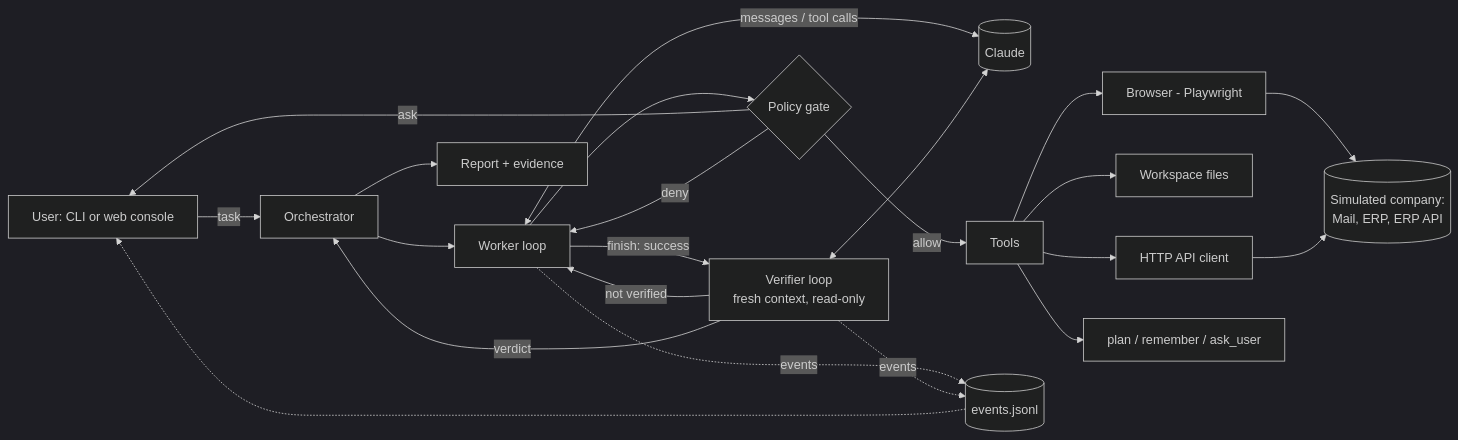
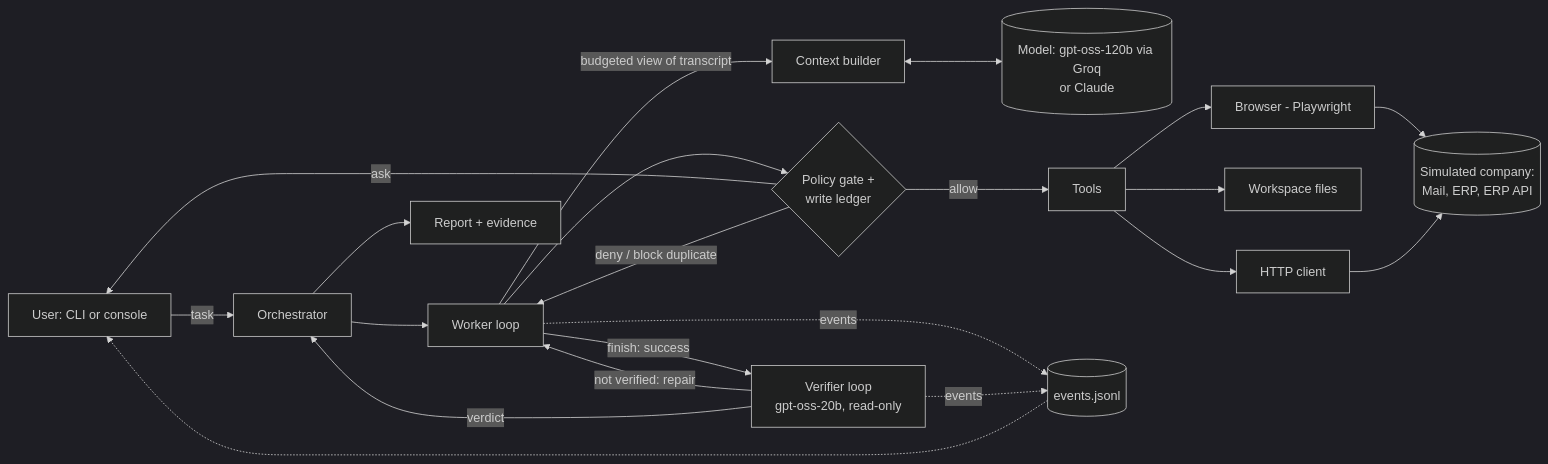
One commit to kushagra0526/ai-task-worker changed the diagram in README.md. Above: the diagram before and after it, drawn with Mermaid (dark theme). The commit also changed other lines of this file and 3 other files, not shown here.

Commit message:
README for the Groq path, ledger and context budgeting; context builder tests; short documents survive in digests

````diff
--- a/README.md
+++ b/README.md
@@ -81,21 +77,19 @@
 ```mermaid
 flowchart LR
-    U[User: CLI or web console] -->|task| O[Orchestrator]
+    U[User: CLI or console] -->|task| O[Orchestrator]
     O --> W[Worker loop]
-    W <-->|messages / tool calls| M[(Claude)]
-    W --> G{Policy gate}
+    W -->|budgeted view of transcript| CB[Context builder]
+    CB <--> M[(Model: gpt-oss-120b via Groq<br/>or Claude)]
+    W --> G{Policy gate +<br/>write ledger}
     G -->|allow| T[Tools]
     G -->|ask| U
-    G -->|deny| W
+    G -->|deny / block duplicate| W
     T --> B[Browser - Playwright]
     T --> F[Workspace files]
-    T --> H[HTTP API client]
-    T --> C[plan / remember / ask_user]
+    T --> H[HTTP client]
     B & H --> E[(Simulated company:<br/>Mail, ERP, ERP API)]
-    W -->|finish: success| V[Verifier loop<br/>fresh context, read-only]
-    V <--> M
-    V -->|not verified| W
-    V -->|verdict| O
-    O --> R[Report + evidence]
+    W -->|finish: success| V[Verifier loop<br/>gpt-oss-20b, read-only]
+    V -->|not verified: repair| W
+    V -->|verdict| O --> R[Report + evidence]
     W & V -. events .-> L[(events.jsonl)] -.-> U
 ```
````
